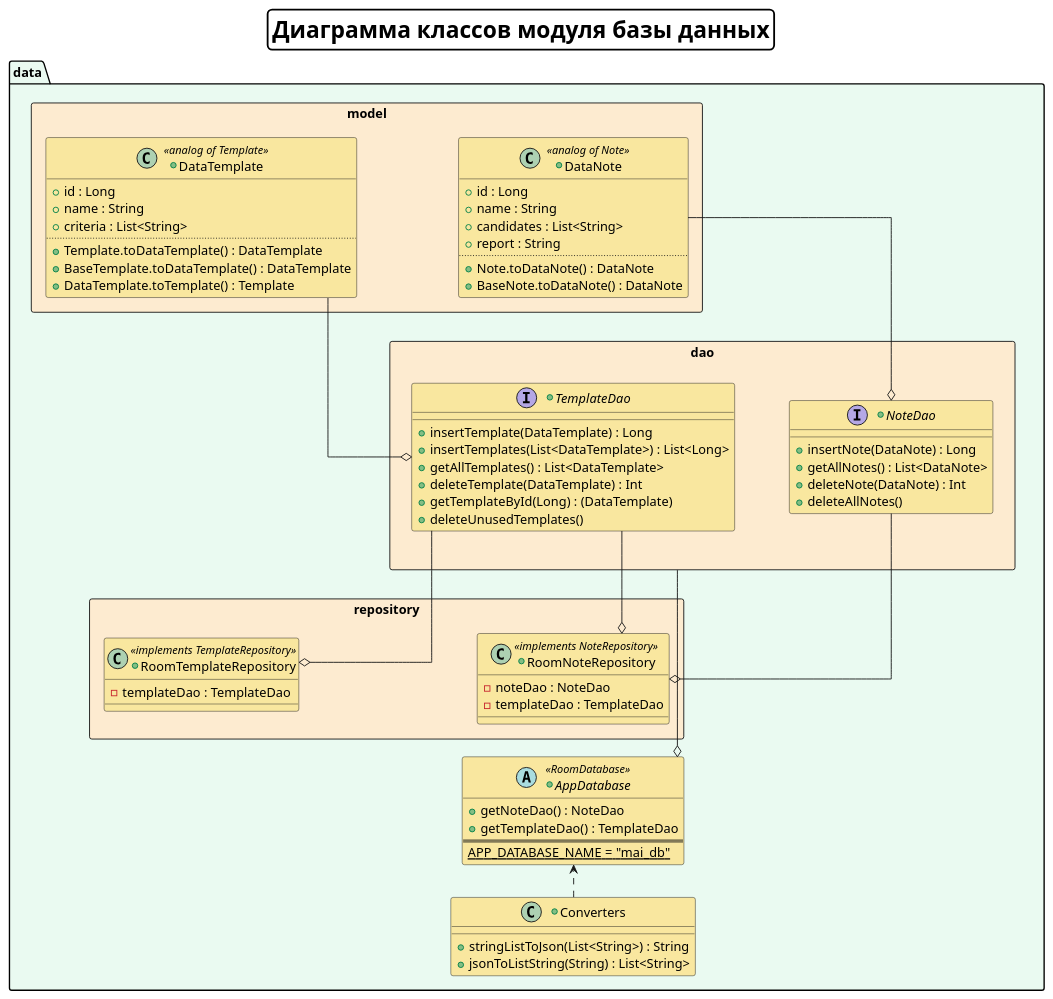
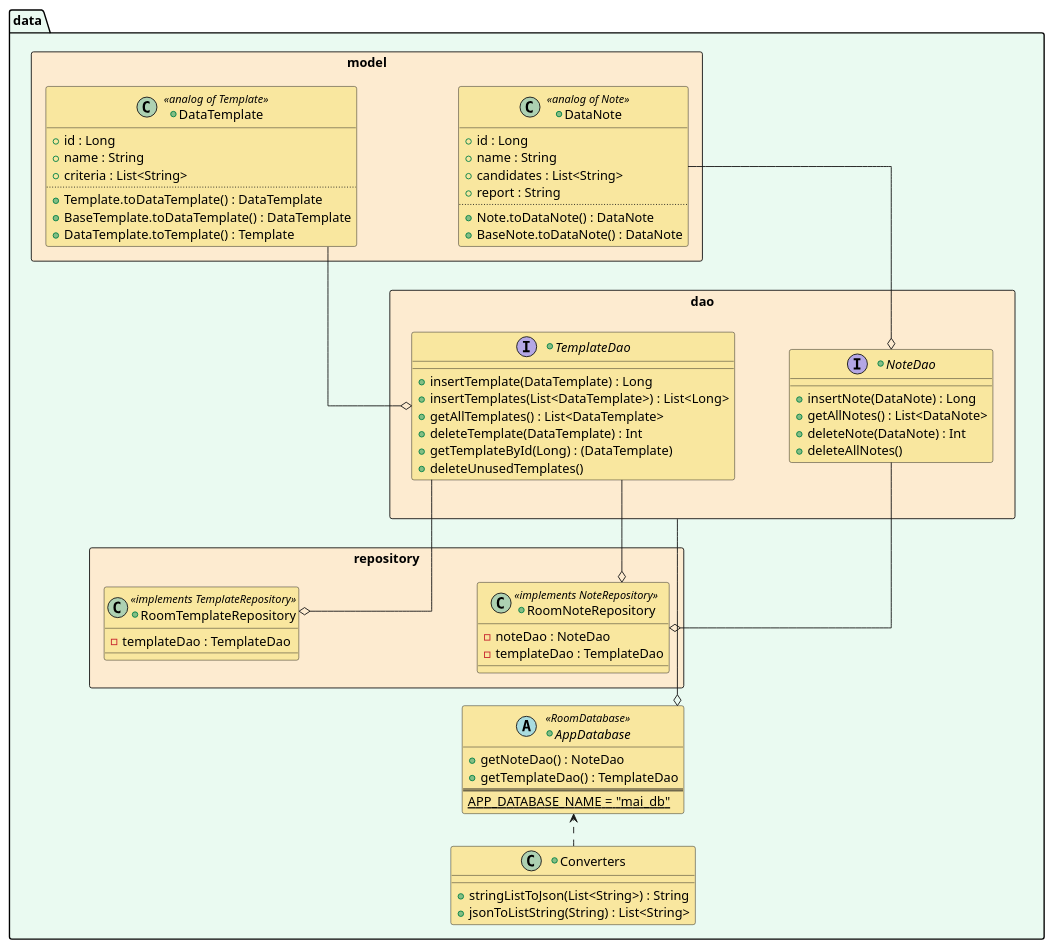
Before and after one commit to ethernet389/MAI-2: the diagram in diagrams/architecture/data.puml, drawn with PlantUML. The commit also changed 11 other files, not shown here.

Commit message:
Add compiled puml diagrams

```diff
--- a/diagrams/architecture/data.puml
+++ b/diagrams/architecture/data.puml
@@ -1,96 +1,93 @@
 @startuml
 
 left to right direction
 skinparam linetype ortho
 
 skinparam titleBorderRoundCorner 10
 skinparam titleBorderThickness 2
 skinparam titleBorderColor black
-skinparam titleFontSize 25
 
 skinparam PackageBackgroundColor #EAFAF1
 skinparam RectangleBackgroundColor #FDEBD0
 skinparam ClassBackgroundColor #F9E79F
 
-
-title Диаграмма классов модуля базы данных
 
 package data {
 
     rectangle model {
         +class DataNote <<analog of Note>> {
             +id : Long
             +name : String
             +candidates : List<String>
             +report : String
             ..
             +Note.toDataNote() : DataNote
             +BaseNote.toDataNote() : DataNote
         }
 
         +class DataTemplate <<analog of Template>> {
             +id : Long
             +name : String
             +criteria : List<String>
             ..
             +Template.toDataTemplate() : DataTemplate
             +BaseTemplate.toDataTemplate() : DataTemplate
             +DataTemplate.toTemplate() : Template
         }
     }
 
     rectangle repository {
         +class RoomTemplateRepository <<implements TemplateRepository>> {
             -templateDao : TemplateDao
         }
 
         +class RoomNoteRepository <<implements NoteRepository>> {
             -noteDao : NoteDao
             -templateDao : TemplateDao
         }
     }
 
     rectangle dao {
         +interface NoteDao {
             +insertNote(DataNote) : Long
             +getAllNotes() : List<DataNote>
             +deleteNote(DataNote) : Int
             +deleteAllNotes()
         }
 
         +interface TemplateDao {
             +insertTemplate(DataTemplate) : Long
             +insertTemplates(List<DataTemplate>) : List<Long>
             +getAllTemplates() : List<DataTemplate>
             +deleteTemplate(DataTemplate) : Int
             +getTemplateById(Long) : (DataTemplate)
             +deleteUnusedTemplates()
         }
     }
 
     +abstract class AppDatabase <<RoomDatabase>> {
         +getNoteDao() : NoteDao
         +getTemplateDao() : TemplateDao
         ==
         {static} APP_DATABASE_NAME = "mai_db"
     }
 
     +class Converters {
         +stringListToJson(List<String>) : String
         +jsonToListString(String) : List<String>
     }
 }
 
 /' Relation '/
 NoteDao -[hidden]u- TemplateDao
 DataNote -[hidden]u- DataTemplate
 RoomNoteRepository -[hidden]u- RoomTemplateRepository
 AppDatabase <..l Converters
 dao --ro AppDatabase
 RoomNoteRepository o--r NoteDao
 RoomNoteRepository o--r TemplateDao
 RoomTemplateRepository o-- TemplateDao
 DataNote --o NoteDao
 DataTemplate --o TemplateDao
 
 @enduml
```
